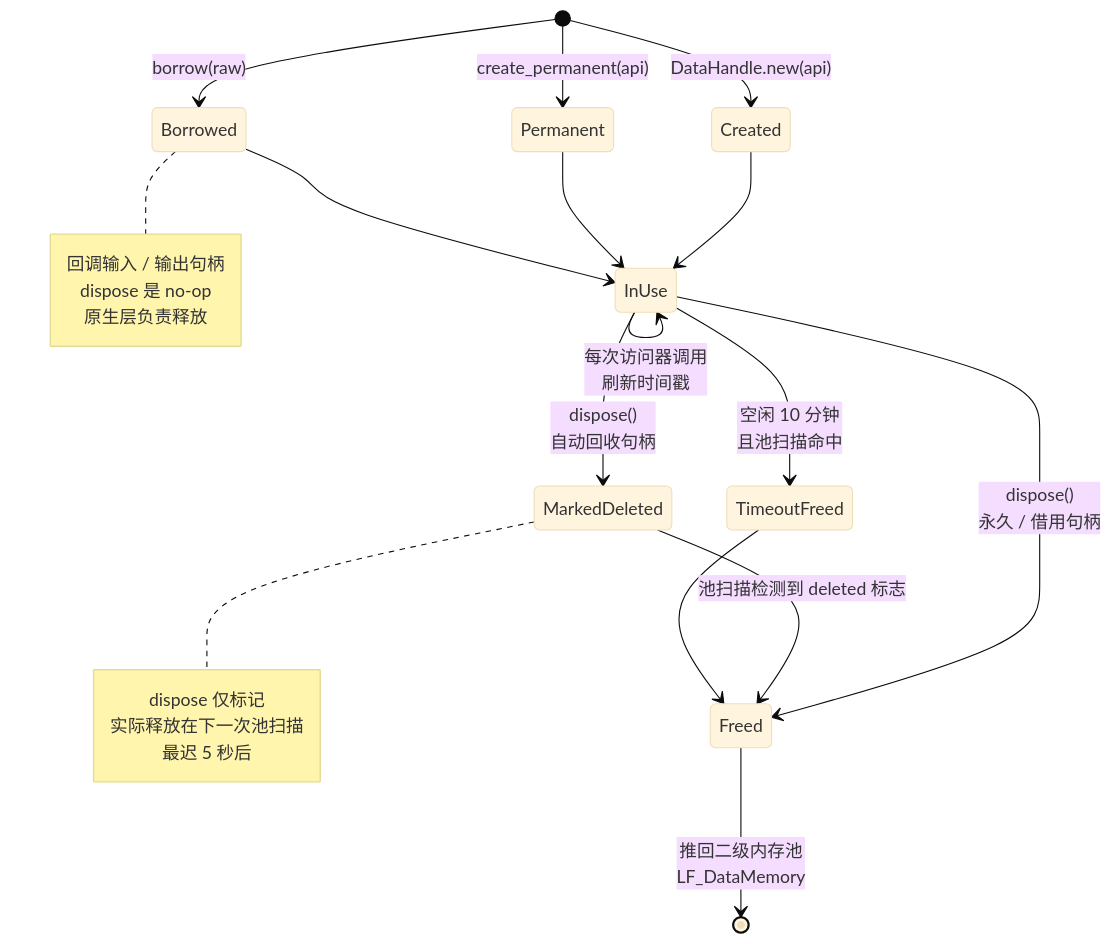
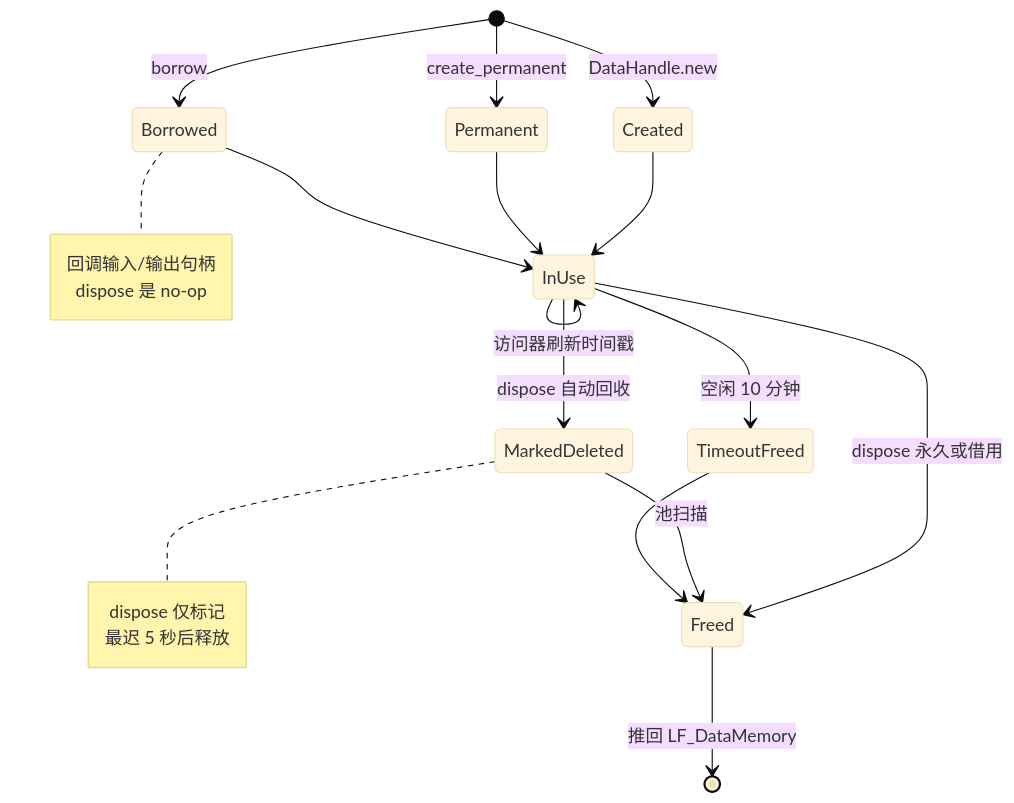
Before and after one commit to PassByYou888/LingoFuse: the sixth of 21 diagrams in ruby/README.md, drawn with Mermaid (base theme). The commit also changed other lines of this file and 8 other files, not shown here.

````diff
--- a/ruby/README.md
+++ b/ruby/README.md
@@ -167,33 +159,28 @@
 ```mermaid
 stateDiagram-v2
-    [*] --> Created: DataHandle.new(api)
-    [*] --> Permanent: create_permanent(api)
-    [*] --> Borrowed: borrow(raw)
+    [*] --> Created: DataHandle.new
+    [*] --> Permanent: create_permanent
+    [*] --> Borrowed: borrow
 
     Created --> InUse
     Permanent --> InUse
     Borrowed --> InUse
 
-    InUse --> InUse: 每次访问器调用<br/>刷新时间戳
+    InUse --> InUse: 访问器刷新时间戳
+    InUse --> MarkedDeleted: dispose 自动回收
+    InUse --> Freed: dispose 永久或借用
+    InUse --> TimeoutFreed: 空闲 10 分钟
 
-    InUse --> MarkedDeleted: dispose()<br/>自动回收句柄
-    InUse --> Freed: dispose()<br/>永久 / 借用句柄
-    InUse --> TimeoutFreed: 空闲 10 分钟<br/>且池扫描命中
-
-    MarkedDeleted --> Freed: 池扫描检测到 deleted 标志
-
-    Freed --> [*]: 推回二级内存池<br/>LF_DataMemory
+    MarkedDeleted --> Freed: 池扫描
     TimeoutFreed --> Freed
+    Freed --> [*]: 推回 LF_DataMemory
 
     note right of Borrowed
-        回调输入 / 输出句柄
+        回调输入/输出句柄
         dispose 是 no-op
-        原生层负责释放
     end note
-
     note right of MarkedDeleted
         dispose 仅标记
-        实际释放在下一次池扫描
-        最迟 5 秒后
+        最迟 5 秒后释放
     end note
 ```
````
